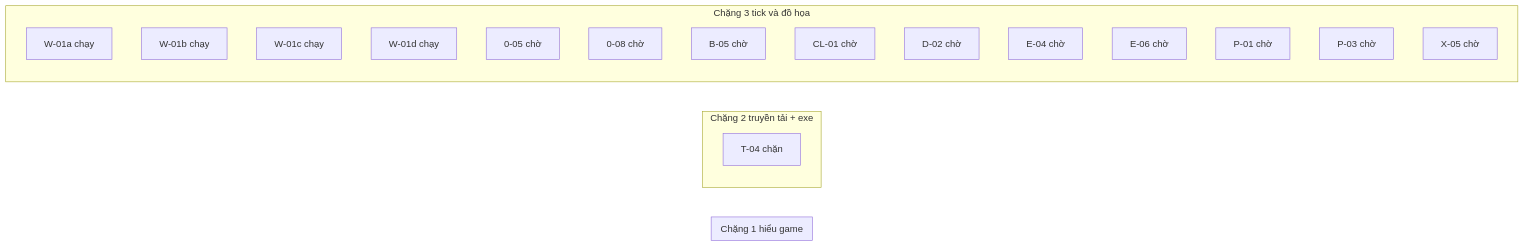
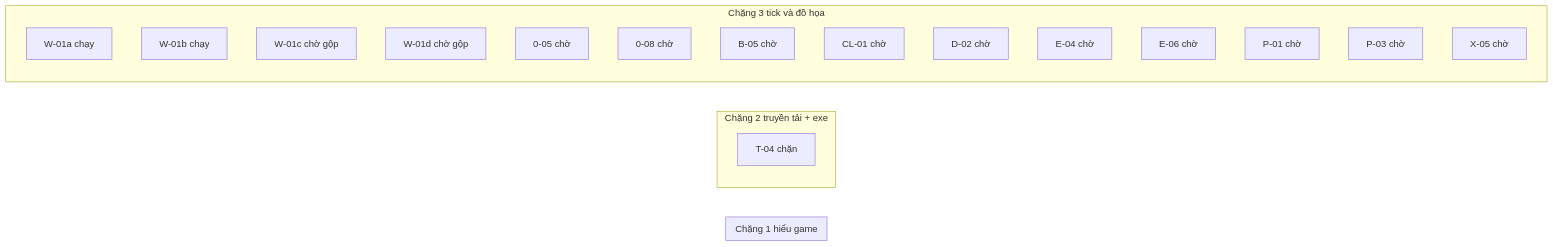
The diagram in JX1_OPS/STATE/TIEN-DO.md (ndtangoss-dev/jx1-reports), drawn with Mermaid before and after one commit. The commit also changed other lines of this file and 3 other files, not shown here.

````diff
--- a/JX1_OPS/STATE/TIEN-DO.md
+++ b/JX1_OPS/STATE/TIEN-DO.md
@@ -9,24 +9,24 @@
 ```mermaid
 flowchart LR
   subgraph S1["Chặng 1 hiểu game"]
   end
   subgraph S2["Chặng 2 truyền tải + exe"]
     T_04["T-04 chặn"]
   end
   subgraph S3["Chặng 3 tick và đồ họa"]
     W_01a["W-01a chạy"]
     W_01b["W-01b chạy"]
-    W_01c["W-01c chạy"]
-    W_01d["W-01d chạy"]
+    W_01c["W-01c chờ gộp"]
+    W_01d["W-01d chờ gộp"]
     0_05["0-05 chờ"]
     0_08["0-08 chờ"]
     B_05["B-05 chờ"]
     CL_01["CL-01 chờ"]
     D_02["D-02 chờ"]
     E_04["E-04 chờ"]
     E_06["E-06 chờ"]
     P_01["P-01 chờ"]
     P_03["P-03 chờ"]
     X_05["X-05 chờ"]
   end
 ```
````
